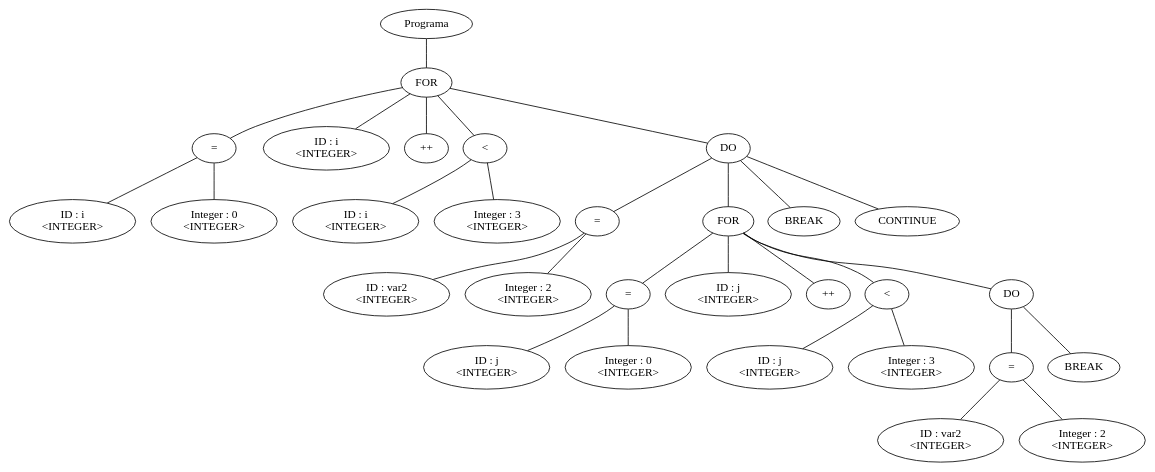
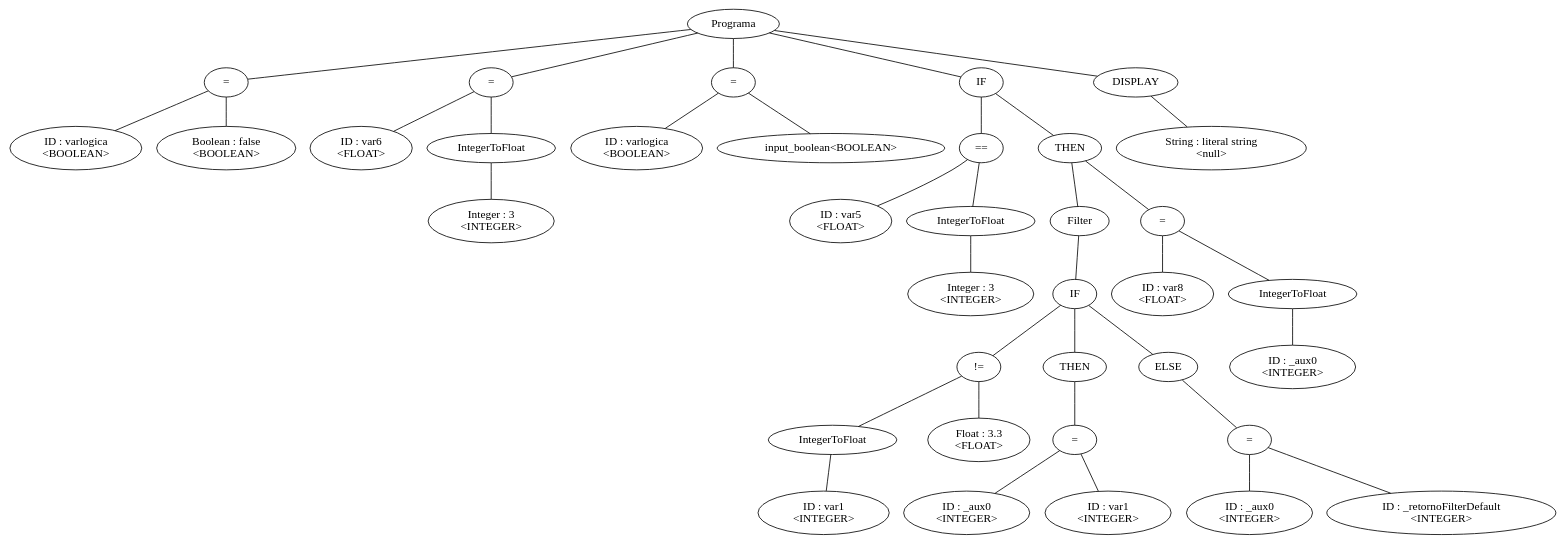
The diagram in arbol.dot (leandroprios/compilador), drawn with Graphviz before and after one commit. The commit also changed 59 other files, not shown here.

Commit message:
converti entero a float en cada condicion el filter y las asignaciones

```diff
--- a/arbol.dot
+++ b/arbol.dot
@@ -1,60 +1,75 @@
-graph G {nodo_1371013834[label="Programa"]
-nodo_817111109[label="FOR"]
-nodo_1371013834--nodo_817111109
-nodo_246209899[label="="]
-nodo_817111109--nodo_246209899
-nodo_701992283[label="ID : i\n<INTEGER>"]
-nodo_246209899--nodo_701992283
-nodo_954754297[label="Integer : 0\n<INTEGER>"]
-nodo_246209899--nodo_954754297
-nodo_817111109--nodo_1105201790
-nodo_1105201790[label="ID : i\n<INTEGER>"]
-nodo_817111109--nodo_701488553
-nodo_701488553[label="++"]
-nodo_1414068812[label="<"]
-nodo_817111109--nodo_1414068812
-nodo_805077904[label="ID : i\n<INTEGER>"]
-nodo_1414068812--nodo_805077904
-nodo_2013864275[label="Integer : 3\n<INTEGER>"]
-nodo_1414068812--nodo_2013864275
-nodo_817111109--nodo_750493364
-nodo_750493364[label="DO"]
-nodo_964388822[label="="]
-nodo_750493364--nodo_964388822
-nodo_712142895[label="ID : var2\n<INTEGER>"]
-nodo_964388822--nodo_712142895
-nodo_1641649906[label="Integer : 2\n<INTEGER>"]
-nodo_964388822--nodo_1641649906
-nodo_1357586467[label="FOR"]
-nodo_750493364--nodo_1357586467
-nodo_852277311[label="="]
-nodo_1357586467--nodo_852277311
-nodo_193348929[label="ID : j\n<INTEGER>"]
-nodo_852277311--nodo_193348929
-nodo_642071749[label="Integer : 0\n<INTEGER>"]
-nodo_852277311--nodo_642071749
-nodo_1357586467--nodo_2029822621
-nodo_2029822621[label="ID : j\n<INTEGER>"]
-nodo_1357586467--nodo_799468054
-nodo_799468054[label="++"]
-nodo_1105808526[label="<"]
-nodo_1357586467--nodo_1105808526
-nodo_1313203042[label="ID : j\n<INTEGER>"]
-nodo_1105808526--nodo_1313203042
-nodo_1454069478[label="Integer : 3\n<INTEGER>"]
-nodo_1105808526--nodo_1454069478
-nodo_1357586467--nodo_832478326
-nodo_832478326[label="DO"]
-nodo_1272901348[label="="]
-nodo_832478326--nodo_1272901348
-nodo_1087919661[label="ID : var2\n<INTEGER>"]
-nodo_1272901348--nodo_1087919661
-nodo_560456615[label="Integer : 2\n<INTEGER>"]
-nodo_1272901348--nodo_560456615
-nodo_771202315[label="BREAK"]
-nodo_832478326--nodo_771202315
-nodo_300085151[label="BREAK"]
-nodo_750493364--nodo_300085151
-nodo_327793328[label="CONTINUE"]
-nodo_750493364--nodo_327793328
+graph G {nodo_113131154[label="Programa"]
+nodo_1600390310[label="="]
+nodo_113131154--nodo_1600390310
+nodo_541742448[label="ID : varlogica\n<BOOLEAN>"]
+nodo_1600390310--nodo_541742448
+nodo_725453847[label="Boolean : false\n<BOOLEAN>"]
+nodo_1600390310--nodo_725453847
+nodo_1543535948[label="="]
+nodo_113131154--nodo_1543535948
+nodo_599659358[label="ID : var6\n<FLOAT>"]
+nodo_1543535948--nodo_599659358
+nodo_1370301324[label="IntegerToFloat"]
+nodo_1543535948--nodo_1370301324
+nodo_381112474[label="Integer : 3\n<INTEGER>"]
+nodo_1370301324--nodo_381112474
+nodo_1233302813[label="="]
+nodo_113131154--nodo_1233302813
+nodo_443906960[label="ID : varlogica\n<BOOLEAN>"]
+nodo_1233302813--nodo_443906960
+nodo_1233302813--nodo_578591249
+nodo_578591249[label="input_boolean<BOOLEAN>"]
+nodo_241380676[label="IF"]
+nodo_113131154--nodo_241380676
+nodo_1377131464[label="=="]
+nodo_241380676--nodo_1377131464
+nodo_1670185953[label="ID : var5\n<FLOAT>"]
+nodo_1377131464--nodo_1670185953
+nodo_635941267[label="IntegerToFloat"]
+nodo_1377131464--nodo_635941267
+nodo_855220582[label="Integer : 3\n<INTEGER>"]
+nodo_635941267--nodo_855220582
+nodo_241380676--nodo_219603729
+nodo_219603729[label="THEN"]
+nodo_1254778858[label="Filter"]
+nodo_219603729--nodo_1254778858
+nodo_1096021849[label="IF"]
+nodo_1254778858--nodo_1096021849
+nodo_1503706569[label="!="]
+nodo_1096021849--nodo_1503706569
+nodo_1069617938[label="IntegerToFloat"]
+nodo_1503706569--nodo_1069617938
+nodo_1643565708[label="ID : var1 
+ <INTEGER>"]
+nodo_1069617938--nodo_1643565708
+nodo_1029989774[label="Float : 3.3\n<FLOAT>"]
+nodo_1503706569--nodo_1029989774
+nodo_1096021849--nodo_689951750
+nodo_689951750[label="THEN"]
+nodo_1974067901[label="="]
+nodo_689951750--nodo_1974067901
+nodo_1111963289[label="ID : _aux0\n<INTEGER>"]
+nodo_1974067901--nodo_1111963289
+nodo_368246511[label="ID : var1\n<INTEGER>"]
+nodo_1974067901--nodo_368246511
+nodo_1096021849--nodo_668141549
+nodo_668141549[label="ELSE"]
+nodo_186950090[label="="]
+nodo_668141549--nodo_186950090
+nodo_832701977[label="ID : _aux0\n<INTEGER>"]
+nodo_186950090--nodo_832701977
+nodo_1252662602[label="ID : _retornoFilterDefault\n<INTEGER>"]
+nodo_186950090--nodo_1252662602
+nodo_1210947446[label="="]
+nodo_219603729--nodo_1210947446
+nodo_1722373448[label="ID : var8\n<FLOAT>"]
+nodo_1210947446--nodo_1722373448
+nodo_1201276234[label="IntegerToFloat"]
+nodo_1210947446--nodo_1201276234
+nodo_1572868286[label="ID : _aux0\n<INTEGER>"]
+nodo_1201276234--nodo_1572868286
+nodo_2045950551[label="DISPLAY"]
+nodo_113131154--nodo_2045950551
+nodo_1440588596[label="String : literal string\n<null>"]
+nodo_2045950551--nodo_1440588596
 }
```
